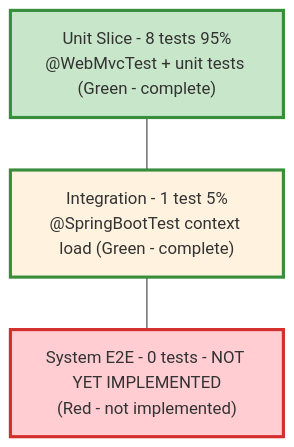
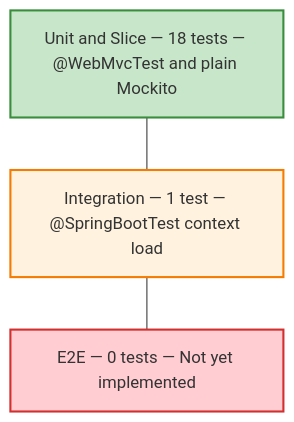
One commit to Keglev/stockease changed the diagram in docs/architecture/testing/pyramid.md. Above: the diagram before and after it, drawn with Mermaid. The commit also changed other lines of this file and 45 other files, not shown here.

Commit message:
refactored and reviewed all architecture docs; fix broken links in .html file for displaying the docs

````diff
--- a/docs/architecture/testing/pyramid.md
+++ b/docs/architecture/testing/pyramid.md
@@ -39,13 +9,13 @@
 ```mermaid
 graph TD
-    A["System E2E - 0 tests - NOT YET IMPLEMENTED<br/>(Red - not implemented)"]
-    B["Integration - 1 test 5%<br/>@SpringBootTest context load (Green - complete)"]
-    C["Unit Slice - 8 tests 95%<br/>@WebMvcTest + unit tests (Green - complete)"]
-    
+    A["E2E — 0 tests — Not yet implemented"]
+    B["Integration — 1 test — @SpringBootTest context load"]
+    C["Unit and Slice — 18 tests — @WebMvcTest and plain Mockito"]
+
     C --- B
     B --- A
-    
-    style A fill:#ffcdd2,stroke:#d32f2f,stroke-width:3px
-    style B fill:#fff3e0,stroke:#388e3c,stroke-width:3px
-    style C fill:#c8e6c9,stroke:#388e3c,stroke-width:3px
+
+    style A fill:#ffcdd2,stroke:#d32f2f,stroke-width:2px
+    style B fill:#fff3e0,stroke:#f57c00,stroke-width:2px
+    style C fill:#c8e6c9,stroke:#388e3c,stroke-width:2px
 ```
````
